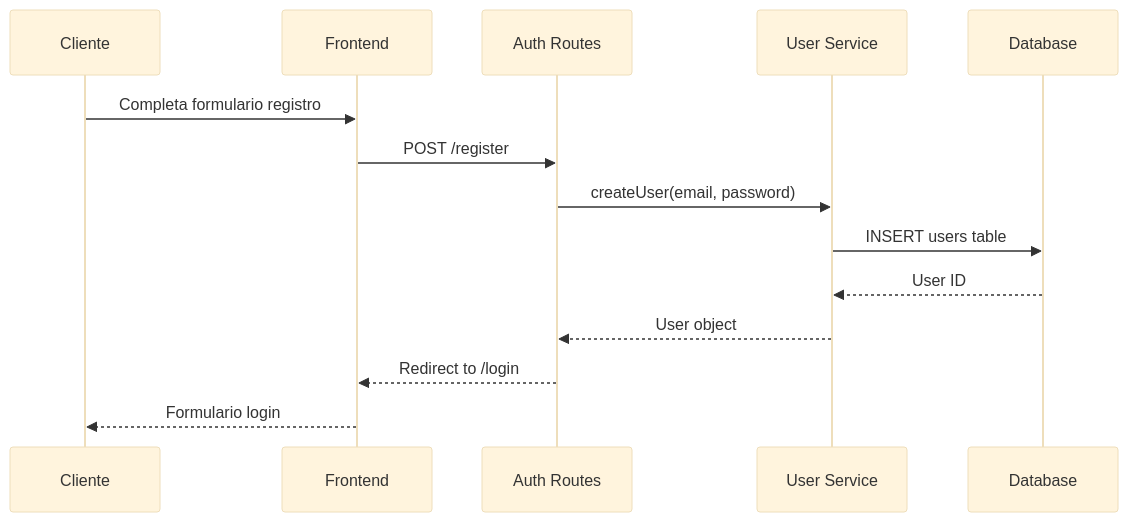
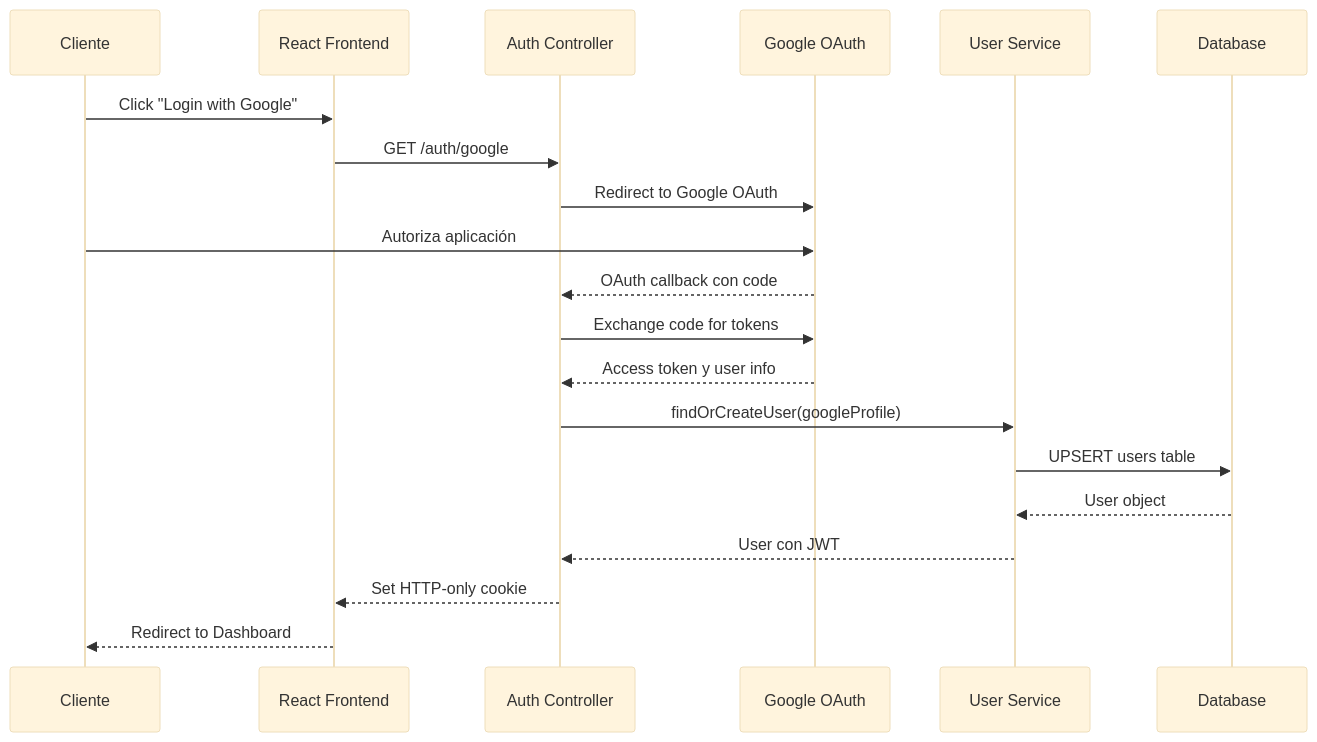
Before and after one commit to da4vid864/bots: the second of 7 diagrams in client_journey_flow.md, drawn with Mermaid (base theme). The commit also changed other lines of this file and 39 other files, not shown here.

````diff
--- a/client_journey_flow.md
+++ b/client_journey_flow.md
@@ -37,17 +40,23 @@
 ```mermaid
 sequenceDiagram
     participant C as Cliente
-    participant F as Frontend
-    participant A as Auth Routes
+    participant R as React Frontend
+    participant A as Auth Controller
+    participant G as Google OAuth
     participant U as User Service
     participant D as Database
 
-    C->>F: Completa formulario registro
-    F->>A: POST /register
-    A->>U: createUser(email, password)
-    U->>D: INSERT users table
-    D-->>U: User ID
-    U-->>A: User object
-    A-->>F: Redirect to /login
-    F-->>C: Formulario login
+    C->>R: Click "Login with Google"
+    R->>A: GET /auth/google
+    A->>G: Redirect to Google OAuth
+    C->>G: Autoriza aplicación
+    G-->>A: OAuth callback con code
+    A->>G: Exchange code for tokens
+    G-->>A: Access token y user info
+    A->>U: findOrCreateUser(googleProfile)
+    U->>D: UPSERT users table
+    D-->>U: User object
+    U-->>A: User con JWT
+    A-->>R: Set HTTP-only cookie
+    R-->>C: Redirect to Dashboard
 ```
````
